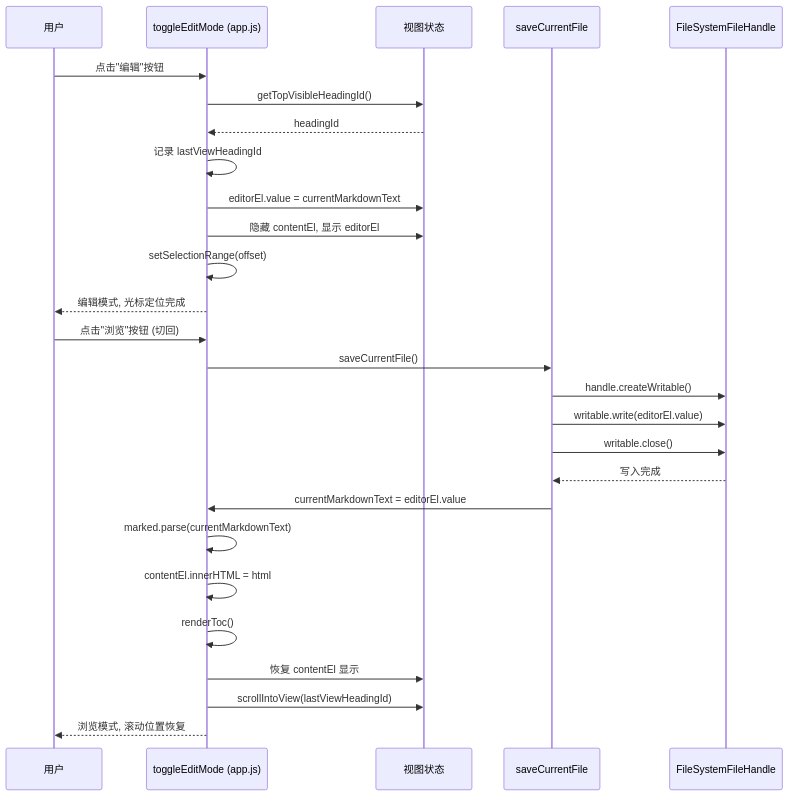
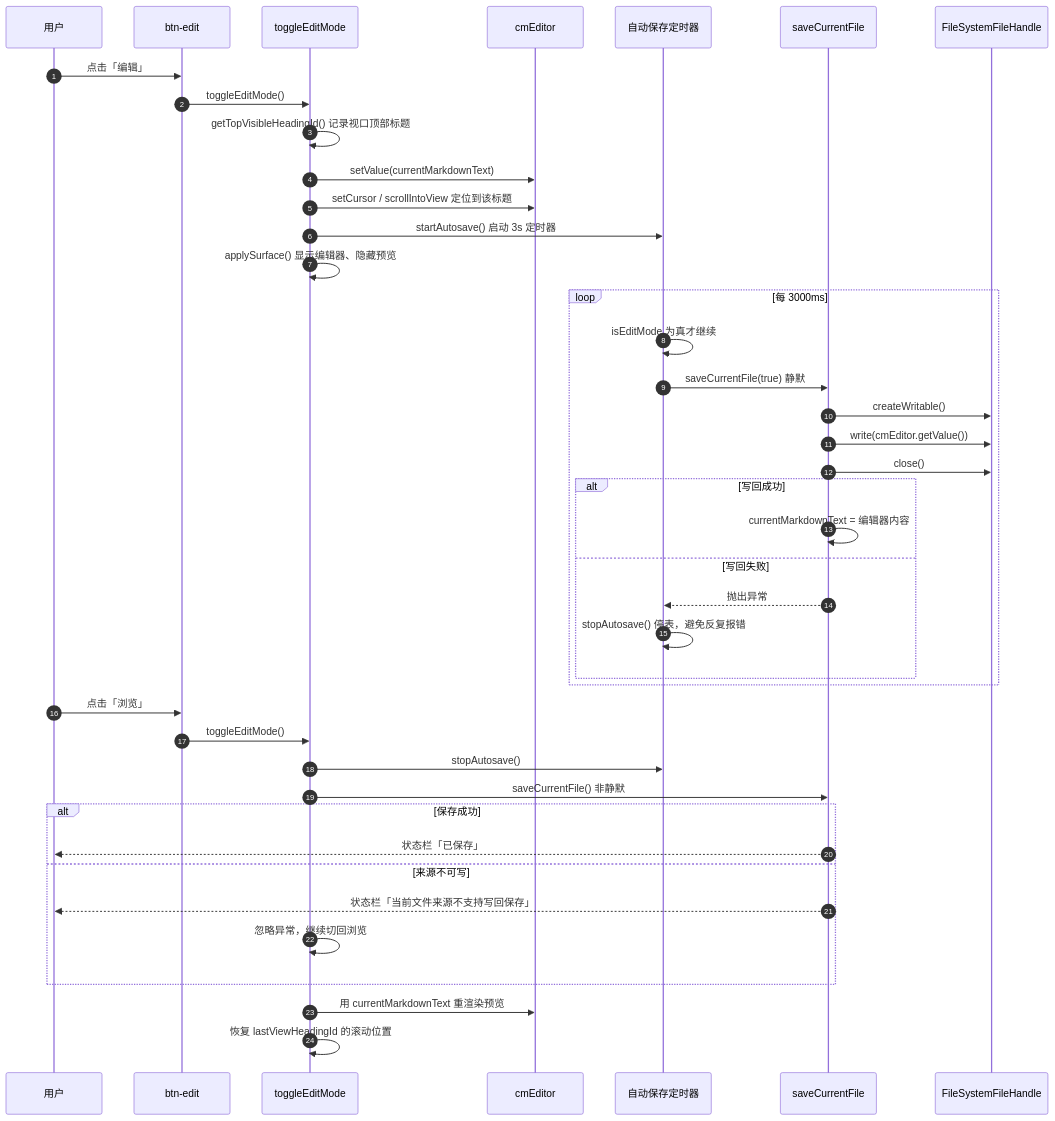
Before and after one commit to Leo-H-W/LightMDKit: the sixth of 19 diagrams in doc/kb/业务知识库/业务流程详解.md, drawn with Mermaid. The commit also changed other lines of this file and 13 other files, not shown here.

````diff
--- a/doc/kb/业务知识库/业务流程详解.md
+++ b/doc/kb/业务知识库/业务流程详解.md
@@ -328,31 +821,46 @@
 ```mermaid
 sequenceDiagram
+    autonumber
     participant U as 用户
-    participant UI as toggleEditMode (app.js)
-    participant View as 视图状态
-    participant Save as saveCurrentFile
+    participant BE as btn-edit
+    participant TE as toggleEditMode
+    participant CM as cmEditor
+    participant SA as 自动保存定时器
+    participant SV as saveCurrentFile
     participant FS as FileSystemFileHandle
 
-    U->>UI: 点击"编辑"按钮
-    UI->>View: getTopVisibleHeadingId()
-    View-->>UI: headingId
-    UI->>UI: 记录 lastViewHeadingId
-    UI->>View: editorEl.value = currentMarkdownText
-    UI->>View: 隐藏 contentEl, 显示 editorEl
-    UI->>UI: setSelectionRange(offset)
-    UI-->>U: 编辑模式, 光标定位完成
+    U->>BE: 点击「编辑」
+    BE->>TE: toggleEditMode()
+    TE->>TE: getTopVisibleHeadingId() 记录视口顶部标题
+    TE->>CM: setValue(currentMarkdownText)
+    TE->>CM: setCursor / scrollIntoView 定位到该标题
+    TE->>SA: startAutosave() 启动 3s 定时器
+    TE->>TE: applySurface() 显示编辑器、隐藏预览
 
-    U->>UI: 点击"浏览"按钮 (切回)
-    UI->>Save: saveCurrentFile()
-    Save->>FS: handle.createWritable()
-    Save->>FS: writable.write(editorEl.value)
-    Save->>FS: writable.close()
-    FS-->>Save: 写入完成
-    Save->>UI: currentMarkdownText = editorEl.value
-    UI->>UI: marked.parse(currentMarkdownText)
-    UI->>UI: contentEl.innerHTML = html
-    UI->>UI: renderToc()
-    UI->>View: 恢复 contentEl 显示
-    UI->>View: scrollIntoView(lastViewHeadingId)
-    UI-->>U: 浏览模式, 滚动位置恢复
+    loop 每 3000ms
+        SA->>SA: isEditMode 为真才继续
+        SA->>SV: saveCurrentFile(true) 静默
+        SV->>FS: createWritable()
+        SV->>FS: write(cmEditor.getValue())
+        SV->>FS: close()
+        alt 写回成功
+            SV->>SV: currentMarkdownText = 编辑器内容
+        else 写回失败
+            SV-->>SA: 抛出异常
+            SA->>SA: stopAutosave() 停表，避免反复报错
+        end
+    end
+
+    U->>BE: 点击「浏览」
+    BE->>TE: toggleEditMode()
+    TE->>SA: stopAutosave()
+    TE->>SV: saveCurrentFile() 非静默
+    alt 保存成功
+        SV-->>U: 状态栏「已保存」
+    else 来源不可写
+        SV-->>U: 状态栏「当前文件来源不支持写回保存」
+        TE->>TE: 忽略异常，继续切回浏览
+    end
+    TE->>CM: 用 currentMarkdownText 重渲染预览
+    TE->>TE: 恢复 lastViewHeadingId 的滚动位置
 ```
````
